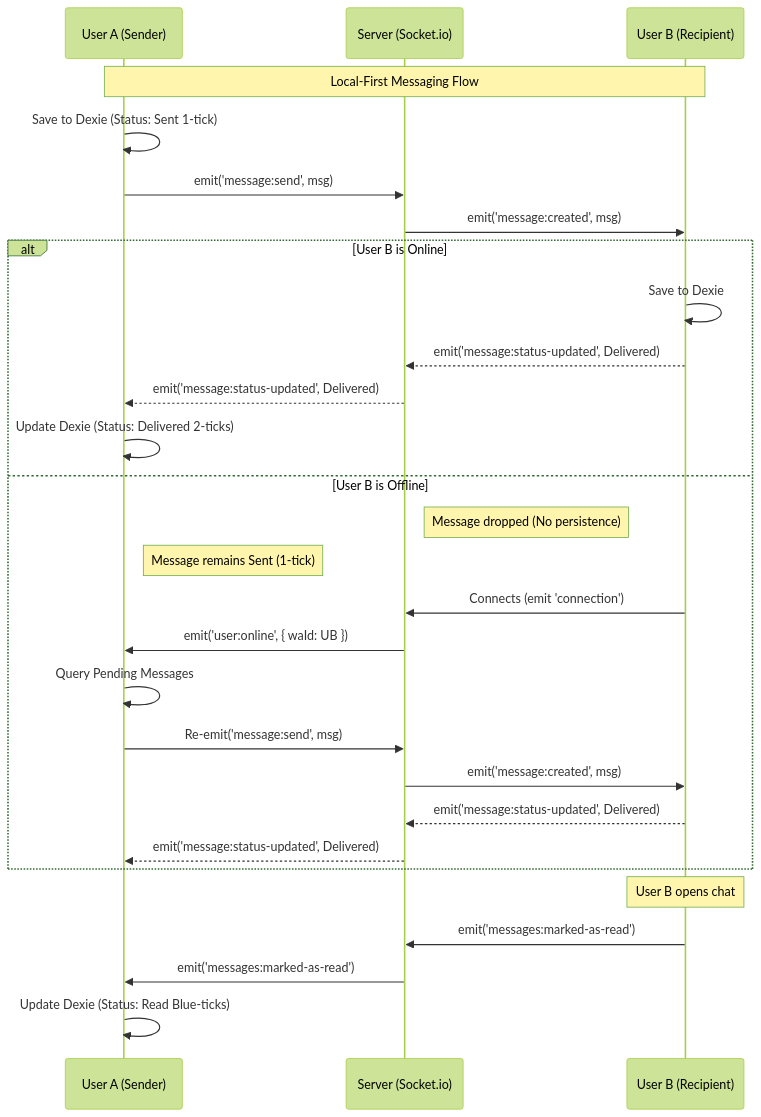
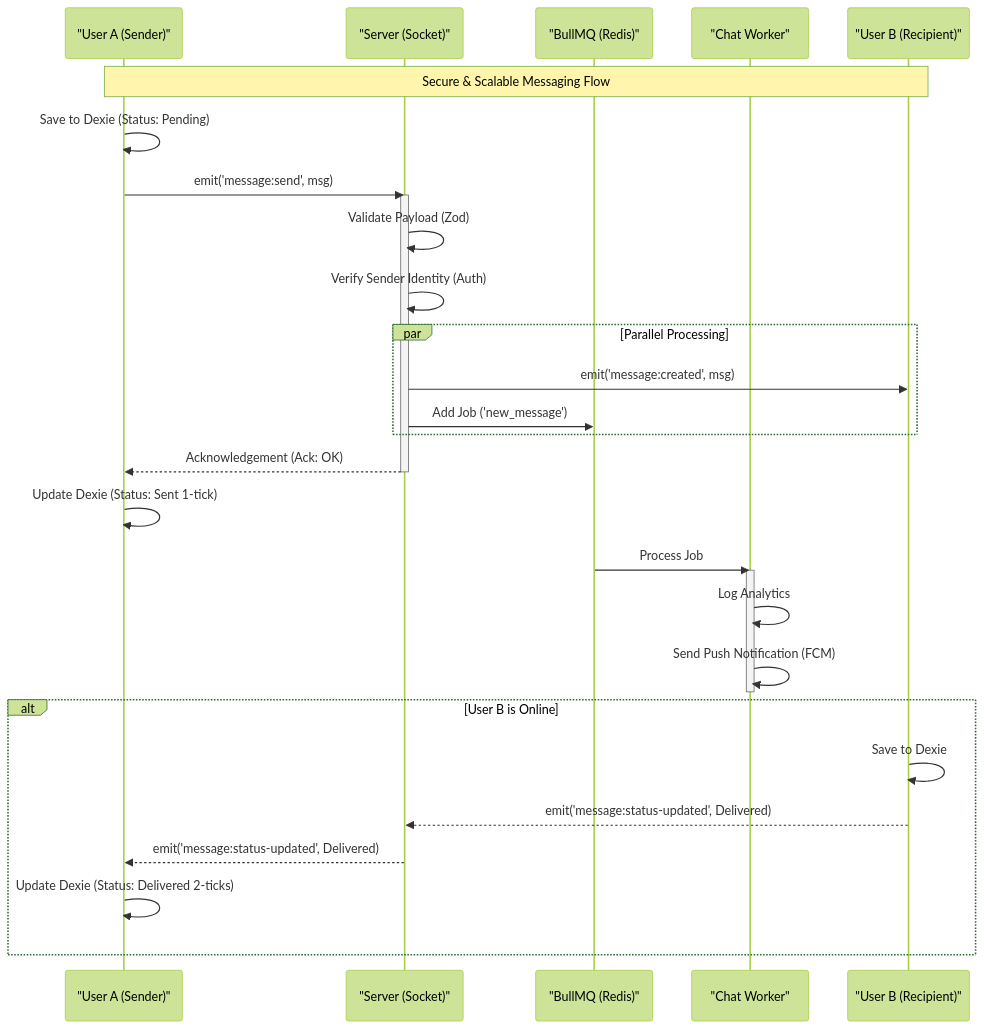
Before and after one commit to AmitxParmar/quick-chat-redesigned: the diagram in README.md, drawn with Mermaid (forest theme). The commit also changed other lines of this file and 27 other files, not shown here.

````diff
--- a/README.md
+++ b/README.md
@@ -88,40 +137,45 @@
 ```mermaid
 sequenceDiagram
-    participant UA as User A (Sender)
-    participant S as Server (Socket.io)
-    participant UB as User B (Recipient)
+    participant UA as "User A (Sender)"
+    participant S as "Server (Socket)"
+    participant Q as "BullMQ (Redis)"
+    participant W as "Chat Worker"
+    participant UB as "User B (Recipient)"
 
-    Note over UA, UB: Local-First Messaging Flow
+    Note over UA, UB: Secure & Scalable Messaging Flow
 
     %% Sending Message
-    UA->>UA: Save to Dexie (Status: Sent 1-tick)
+    UA->>UA: Save to Dexie (Status: Pending)
     UA->>S: emit('message:send', msg)
     
-    %% Relaying
-    S->>UB: emit('message:created', msg)
+    %% Server Processing
+    activate S
+    S->>S: Validate Payload (Zod)
+    S->>S: Verify Sender Identity (Auth)
     
+    par Parallel Processing
+        S->>UB: emit('message:created', msg)
+        S->>Q: Add Job ('new_message')
+    end
+    
+    S-->>UA: Acknowledgement (Ack: OK)
+    deactivate S
+    
+    %% Client Updates
+    UA->>UA: Update Dexie (Status: Sent 1-tick)
+    
+    %% Background Work
+    Q->>W: Process Job
+    activate W
+    W->>W: Log Analytics
+    W->>W: Send Push Notification (FCM)
+    deactivate W
+    
+    %% Recipient Interaction
     alt User B is Online
         UB->>UB: Save to Dexie
         UB-->>S: emit('message:status-updated', Delivered)
         S-->>UA: emit('message:status-updated', Delivered)
         UA->>UA: Update Dexie (Status: Delivered 2-ticks)
-    else User B is Offline
-        Note right of S: Message dropped (No persistence)
-        Note right of UA: Message remains Sent (1-tick)
-        
-        %% Offline Retry Flow
-        UB->>S: Connects (emit 'connection')
-        S->>UA: emit('user:online', { waId: UB })
-        UA->>UA: Query Pending Messages
-        UA->>S: Re-emit('message:send', msg)
-        S->>UB: emit('message:created', msg)
-        UB-->>S: emit('message:status-updated', Delivered)
-        S-->>UA: emit('message:status-updated', Delivered)
     end
-
-    %% Read Receipt
-    Note over UB: User B opens chat
-    UB->>S: emit('messages:marked-as-read')
-    S->>UA: emit('messages:marked-as-read')
-    UA->>UA: Update Dexie (Status: Read Blue-ticks)
 ```
````
